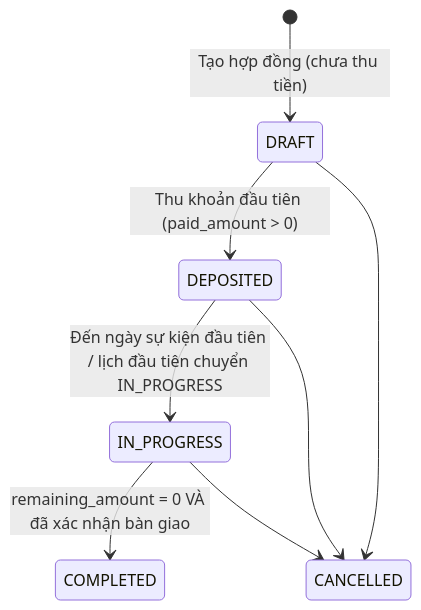
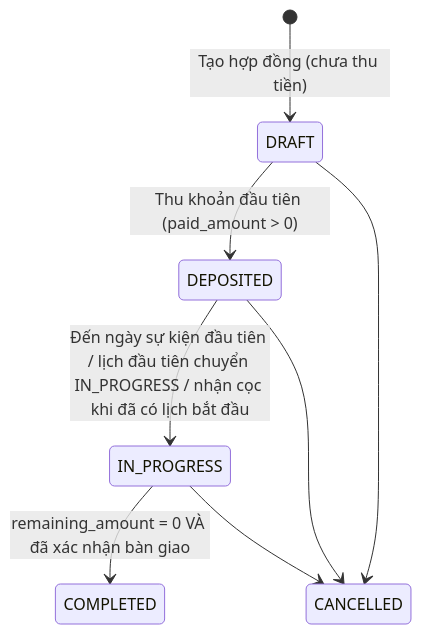
One commit to WhIm1598/wedding-event changed the first of 3 diagrams in docs/features/detailed_functional_specification.md. Above: the diagram before and after it, drawn with Mermaid. The commit also changed other lines of this file and 69 other files, not shown here.

````diff
--- a/docs/features/detailed_functional_specification.md
+++ b/docs/features/detailed_functional_specification.md
@@ -136,10 +139,10 @@
 ```mermaid
 stateDiagram-v2
     [*] --> DRAFT: Tạo hợp đồng (chưa thu tiền)
     DRAFT --> DEPOSITED: Thu khoản đầu tiên (paid_amount > 0)
-    DEPOSITED --> IN_PROGRESS: Đến ngày sự kiện đầu tiên / lịch đầu tiên chuyển IN_PROGRESS
+    DEPOSITED --> IN_PROGRESS: Đến ngày sự kiện đầu tiên / lịch đầu tiên chuyển IN_PROGRESS / nhận cọc khi đã có lịch bắt đầu
     IN_PROGRESS --> COMPLETED: remaining_amount = 0 VÀ đã xác nhận bàn giao
     DRAFT --> CANCELLED
     DEPOSITED --> CANCELLED
     IN_PROGRESS --> CANCELLED
 ```
````
